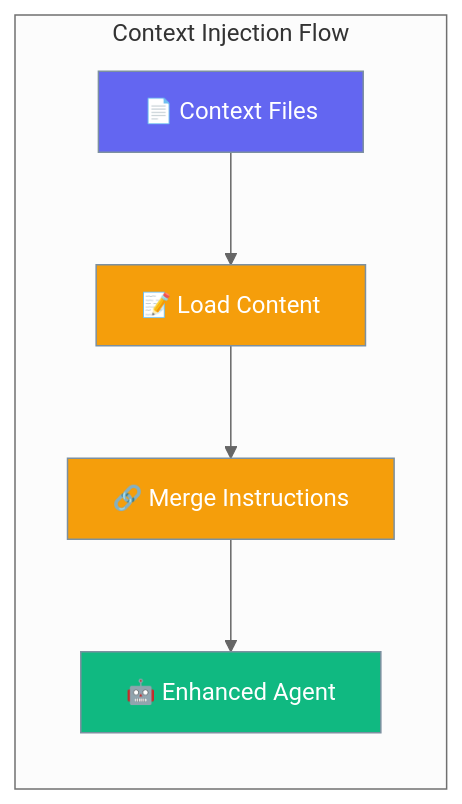
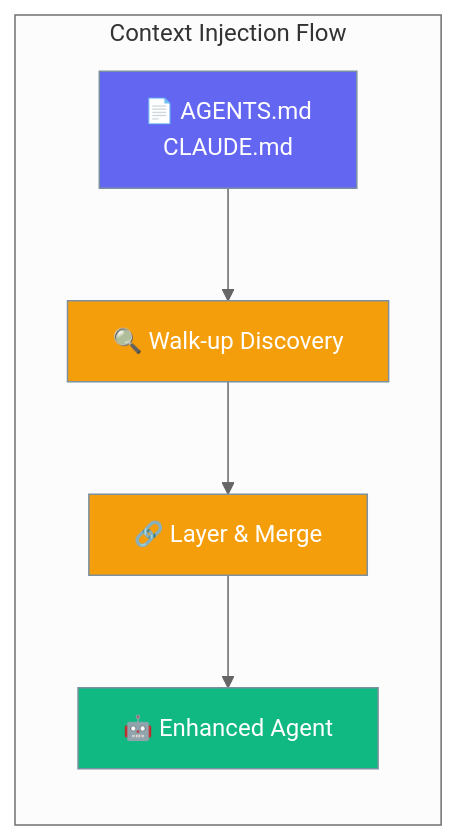
Before and after one commit to MervinPraison/PraisonAIDocs: the first of 3 diagrams in docs/features/context-files.mdx, drawn with Mermaid (neutral theme). The commit also changed other lines of this file and 3 other files, not shown here.

First line of the commit message:
docs: update context files pages for AGENTS.md walk-up discovery + layered merge (fixes #835)

````diff
--- a/docs/features/context-files.mdx
+++ b/docs/features/context-files.mdx
@@ -10,16 +10,16 @@
 ```mermaid
 graph LR
     subgraph "Context Injection Flow"
-        A[📄 Context Files] --> B[📝 Load Content]
-        B --> C[🔗 Merge Instructions]
+        A[📄 AGENTS.md<br/>CLAUDE.md] --> B[🔍 Walk-up Discovery]
+        B --> C[🔗 Layer & Merge]
         C --> D[🤖 Enhanced Agent]
     end
     
     classDef file fill:#6366F1,stroke:#7C90A0,color:#fff
     classDef process fill:#F59E0B,stroke:#7C90A0,color:#fff
     classDef output fill:#10B981,stroke:#7C90A0,color:#fff
     
     class A file
     class B,C process
     class D output
 ```
````
